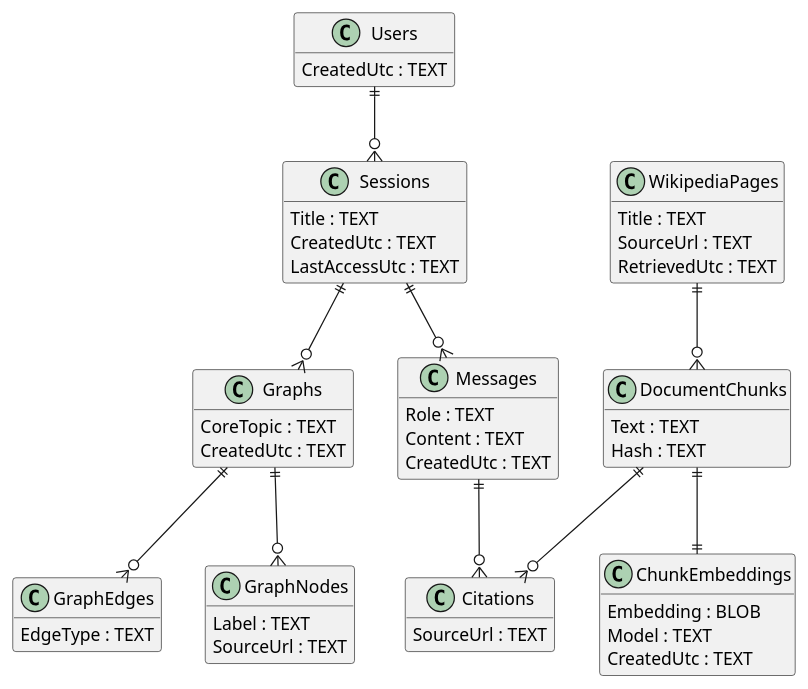
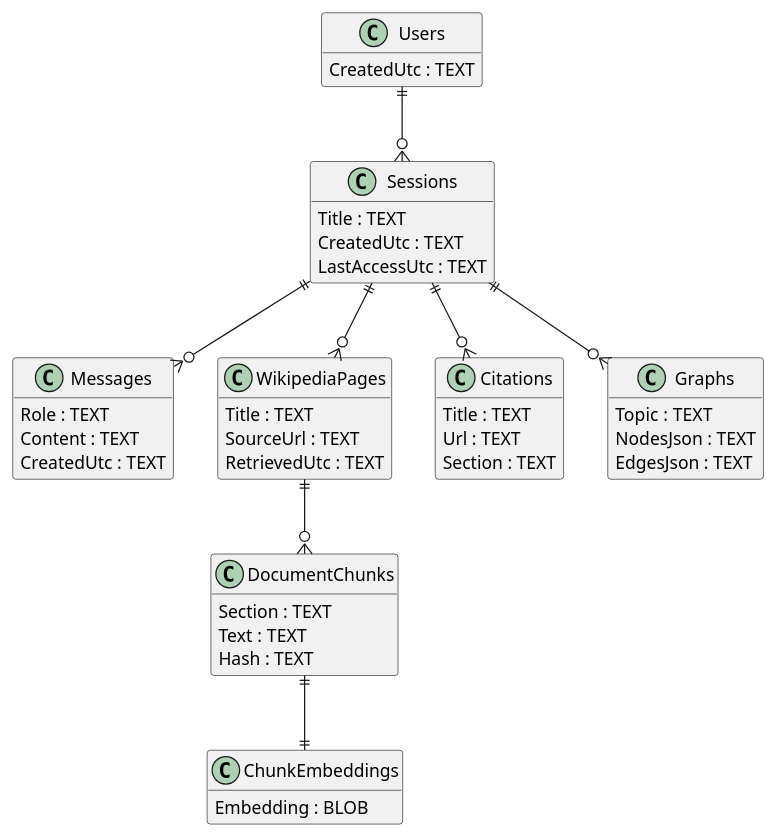
Before and after one commit to Pedro-B-Amon/Blazor-Development: the fourth of 4 diagrams in README.md, drawn with PlantUML. The commit also changed other lines of this file and 56 other files, not shown here.

````diff
--- a/README.md
+++ b/README.md
@@ -243,6 +256,7 @@
 
 class WikipediaPages <<table>> {
   PageId : TEXT (PK)
+  SessionId : TEXT (FK)
   Title : TEXT
   SourceUrl : TEXT
   RetrievedUtc : TEXT
@@ -251,6 +265,7 @@
 class DocumentChunks <<table>> {
   ChunkId : TEXT (PK)
   PageId : TEXT (FK)
+  Section : TEXT
   Text : TEXT
   Hash : TEXT
 }
@@ -258,48 +273,31 @@
 class ChunkEmbeddings <<table>> {
   ChunkId : TEXT (FK)
   Embedding : BLOB
-  Model : TEXT
-  CreatedUtc : TEXT
 }
 
 class Citations <<table>> {
   CitationId : TEXT (PK)
-  MessageId : TEXT (FK)
-  SourceUrl : TEXT
-  ChunkId : TEXT (FK)
+  SessionId : TEXT (FK)
+  Title : TEXT
+  Url : TEXT
+  Section : TEXT
 }
 
 class Graphs <<table>> {
   GraphId : TEXT (PK)
   SessionId : TEXT (FK)
-  CoreTopic : TEXT
-  CreatedUtc : TEXT
-}
-
-class GraphNodes <<table>> {
-  NodeId : TEXT (PK)
-  GraphId : TEXT (FK)
-  Label : TEXT
-  SourceUrl : TEXT
-}
-
-class GraphEdges <<table>> {
-  EdgeId : TEXT (PK)
-  GraphId : TEXT (FK)
-  FromNodeId : TEXT (FK)
-  ToNodeId : TEXT (FK)
-  EdgeType : TEXT
+  Topic : TEXT
+  NodesJson : TEXT
+  EdgesJson : TEXT
 }
 
 Users ||--o{ Sessions
 Sessions ||--o{ Messages
+Sessions ||--o{ WikipediaPages
 WikipediaPages ||--o{ DocumentChunks
 DocumentChunks ||--|| ChunkEmbeddings
-Messages ||--o{ Citations
-DocumentChunks ||--o{ Citations
+Sessions ||--o{ Citations
 Sessions ||--o{ Graphs
-Graphs ||--o{ GraphNodes
-Graphs ||--o{ GraphEdges
 
 @enduml
 ```
````
